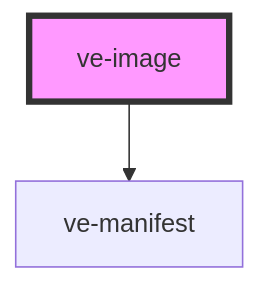
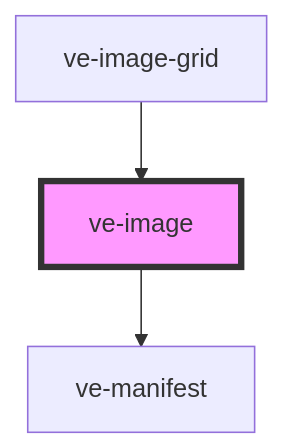
Before and after one commit to visual-essays/web-components: the diagram in src/components/ve-image/readme.md, drawn with Mermaid. The commit also changed other lines of this file and 21 other files, not shown here.

````diff
--- a/src/components/ve-image/readme.md
+++ b/src/components/ve-image/readme.md
@@ -38,5 +42,6 @@
 ```mermaid
 graph TD;
   ve-image --> ve-manifest
+  ve-image-grid --> ve-image
   style ve-image fill:#f9f,stroke:#333,stroke-width:4px
 ```
````
